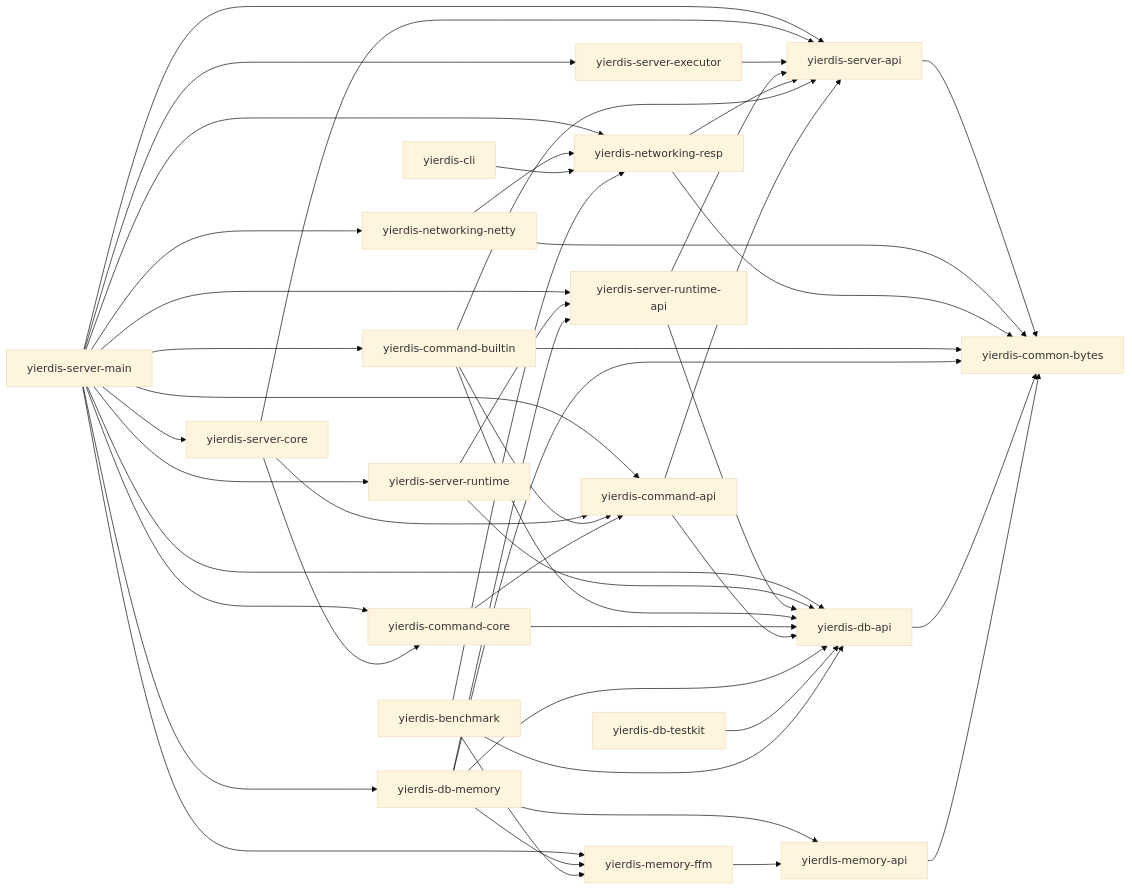
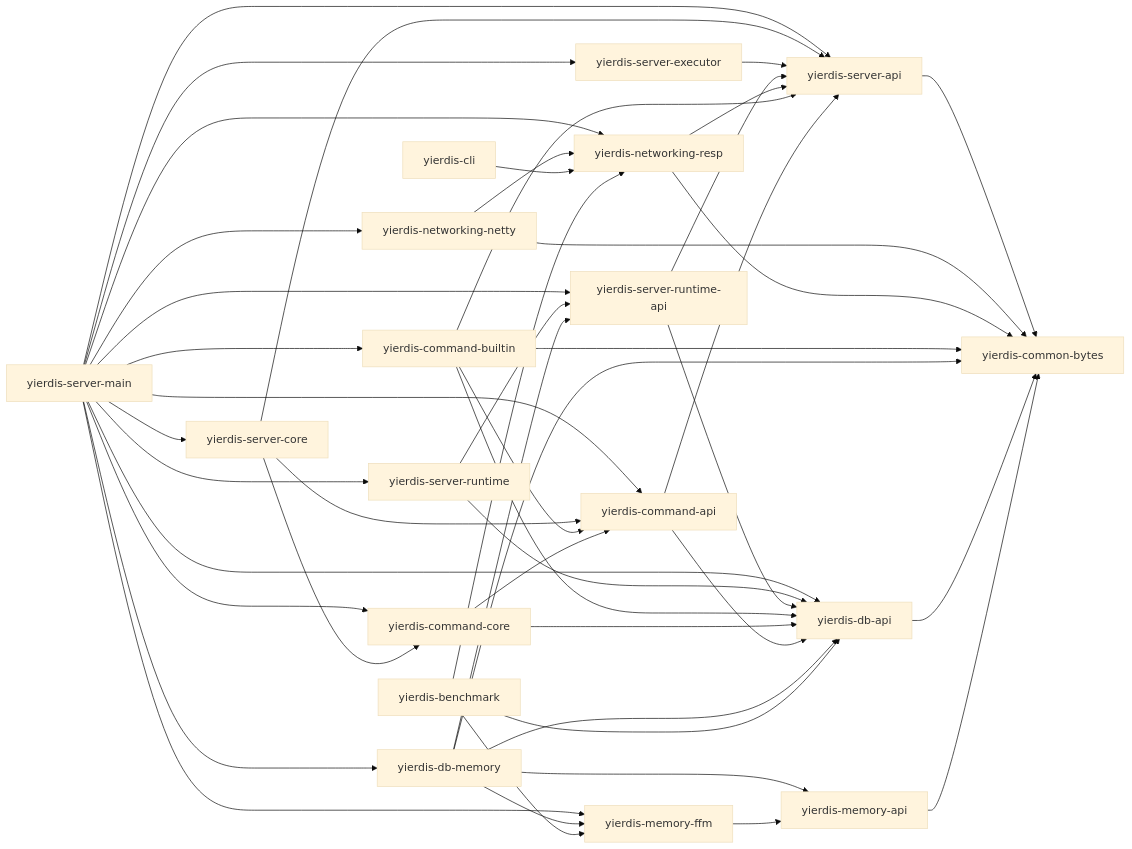
The diagram in docs/project-docs/module-architecture.md (skt-shinyruo/Yierdis), drawn with Mermaid (base theme) before and after one commit. The commit also changed other lines of this file and 6 other files, not shown here.

````diff
--- a/docs/project-docs/module-architecture.md
+++ b/docs/project-docs/module-architecture.md
@@ -9,77 +9,75 @@
 ```mermaid
 flowchart LR
   serverMain["yierdis-server-main"]
   serverCore["yierdis-server-core"]
   serverExecutor["yierdis-server-executor"]
   serverRuntime["yierdis-server-runtime"]
   serverRuntimeApi["yierdis-server-runtime-api"]
   serverApi["yierdis-server-api"]
   netty["yierdis-networking-netty"]
   resp["yierdis-networking-resp"]
   commandBuiltin["yierdis-command-builtin"]
   commandCore["yierdis-command-core"]
   commandApi["yierdis-command-api"]
   dbMemory["yierdis-db-memory"]
   dbApi["yierdis-db-api"]
-  dbTestkit["yierdis-db-testkit"]
   memoryFfm["yierdis-memory-ffm"]
   memoryApi["yierdis-memory-api"]
   commonBytes["yierdis-common-bytes"]
   cli["yierdis-cli"]
   benchmark["yierdis-benchmark"]
 
   serverMain --> serverApi
   serverMain --> dbApi
   serverMain --> dbMemory
   serverMain --> commandApi
   serverMain --> commandCore
   serverMain --> commandBuiltin
   serverMain --> serverCore
   serverMain --> resp
   serverMain --> netty
   serverMain --> serverRuntime
   serverMain --> serverRuntimeApi
   serverMain --> serverExecutor
   serverMain --> memoryFfm
 
   serverCore --> serverApi
   serverCore --> commandApi
   serverCore --> commandCore
   serverExecutor --> serverApi
   serverApi --> commonBytes
 
   serverRuntime --> dbApi
   serverRuntime --> serverRuntimeApi
   serverRuntimeApi --> serverApi
   serverRuntimeApi --> dbApi
 
   netty --> commonBytes
   netty --> resp
   resp --> commonBytes
   resp --> serverApi
 
   commandBuiltin --> commandApi
   commandBuiltin --> serverApi
   commandBuiltin --> dbApi
   commandBuiltin --> commonBytes
   commandCore --> commandApi
   commandCore --> dbApi
   commandApi --> serverApi
   commandApi --> dbApi
 
   dbMemory --> dbApi
   dbMemory --> serverRuntimeApi
   dbMemory --> commonBytes
   dbMemory --> memoryFfm
   dbMemory --> memoryApi
   dbApi --> commonBytes
-  dbTestkit --> dbApi
 
   memoryFfm --> memoryApi
   memoryApi --> commonBytes
 
   cli --> resp
   benchmark --> resp
   benchmark --> dbApi
   benchmark --> memoryFfm
 ```
````
